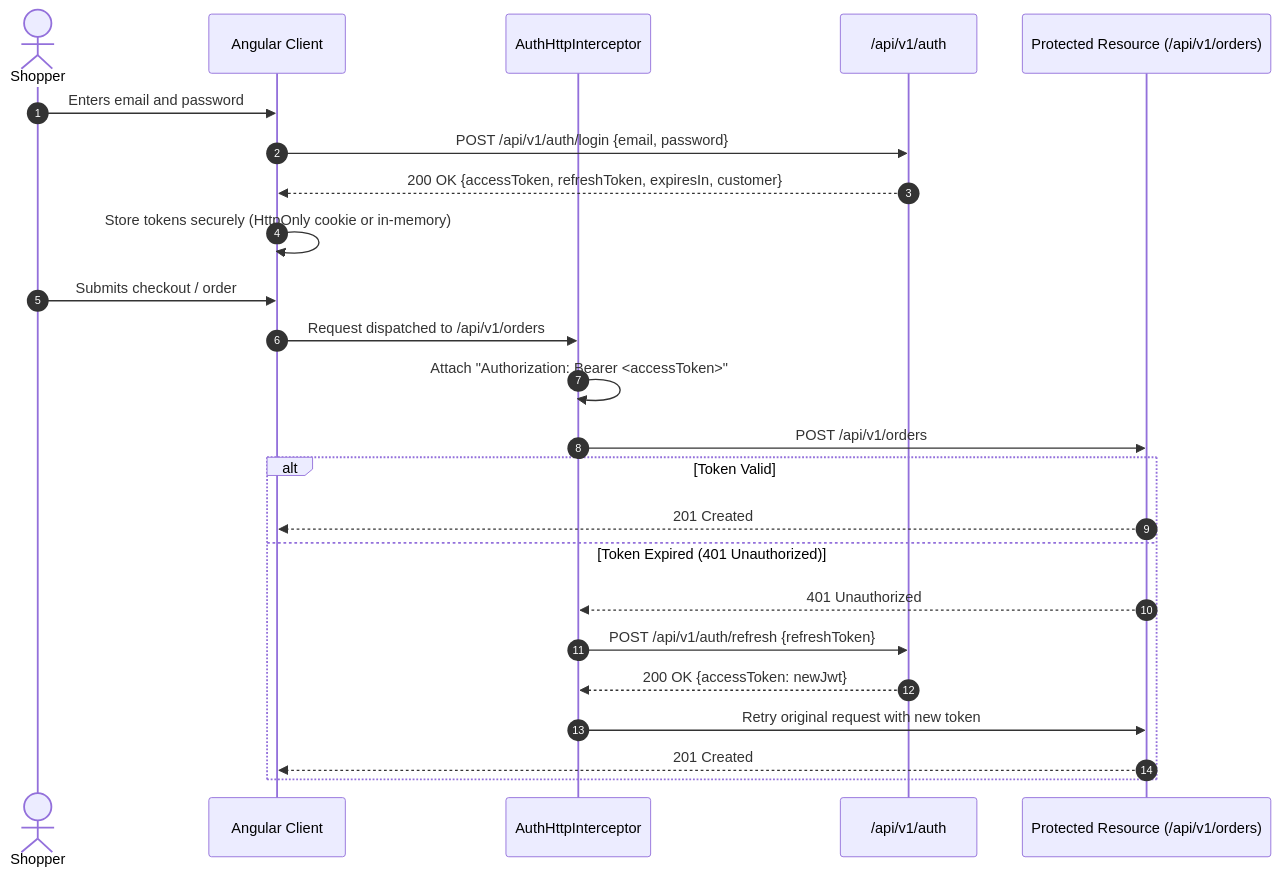
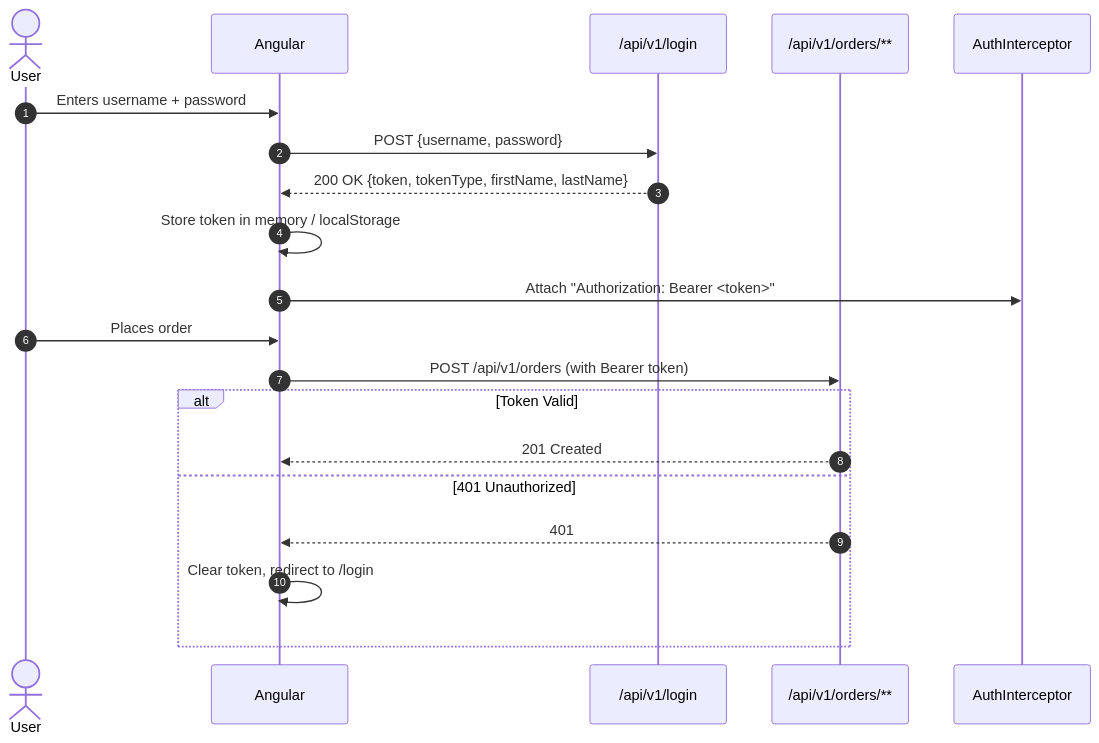
One commit to flexpartha/ecom-site changed the diagram in documentation/angular-frontend-reference/AUTHENTICATION_AND_AUTHORIZATION.md. Above: the diagram before and after it, drawn with Mermaid. The commit also changed other lines of this file and 11 other files, not shown here.

````diff
--- a/documentation/angular-frontend-reference/AUTHENTICATION_AND_AUTHORIZATION.md
+++ b/documentation/angular-frontend-reference/AUTHENTICATION_AND_AUTHORIZATION.md
@@ -81,29 +157,22 @@
 ```mermaid
 sequenceDiagram
     autonumber
-    actor User as Shopper
-    participant Angular as Angular Client
-    participant Interceptor as AuthHttpInterceptor
-    participant AuthCtrl as /api/v1/auth
-    participant SecureApi as Protected Resource (/api/v1/orders)
+    actor User
+    participant Angular
+    participant AuthAPI as /api/v1/login
+    participant SecureAPI as /api/v1/orders/**
 
-    User->>Angular: Enters email and password
-    Angular->>AuthCtrl: POST /api/v1/auth/login {email, password}
-    AuthCtrl-->>Angular: 200 OK {accessToken, refreshToken, expiresIn, customer}
-    Angular->>Angular: Store tokens securely (HttpOnly cookie or in-memory)
-    
-    User->>Angular: Submits checkout / order
-    Angular->>Interceptor: Request dispatched to /api/v1/orders
-    Interceptor->>Interceptor: Attach "Authorization: Bearer <accessToken>"
-    Interceptor->>SecureApi: POST /api/v1/orders
-    
+    User->>Angular: Enters username + password
+    Angular->>AuthAPI: POST {username, password}
+    AuthAPI-->>Angular: 200 OK {token, tokenType, firstName, lastName}
+    Angular->>Angular: Store token in memory / localStorage
+    Angular->>AuthInterceptor: Attach "Authorization: Bearer <token>"
+    User->>Angular: Places order
+    Angular->>SecureAPI: POST /api/v1/orders (with Bearer token)
     alt Token Valid
-        SecureApi-->>Angular: 201 Created
-    else Token Expired (401 Unauthorized)
-        SecureApi-->>Interceptor: 401 Unauthorized
-        Interceptor->>AuthCtrl: POST /api/v1/auth/refresh {refreshToken}
-        AuthCtrl-->>Interceptor: 200 OK {accessToken: newJwt}
-        Interceptor->>SecureApi: Retry original request with new token
-        SecureApi-->>Angular: 201 Created
+        SecureAPI-->>Angular: 201 Created
+    else 401 Unauthorized
+        SecureAPI-->>Angular: 401
+        Angular->>Angular: Clear token, redirect to /login
     end
 ```
````
